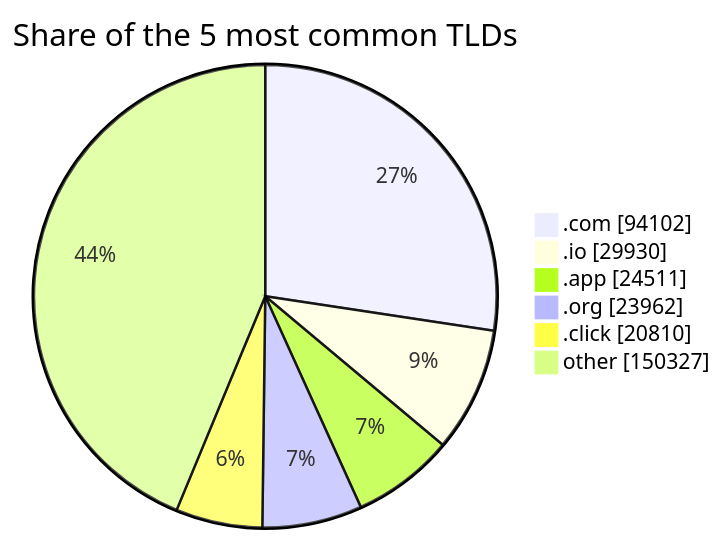
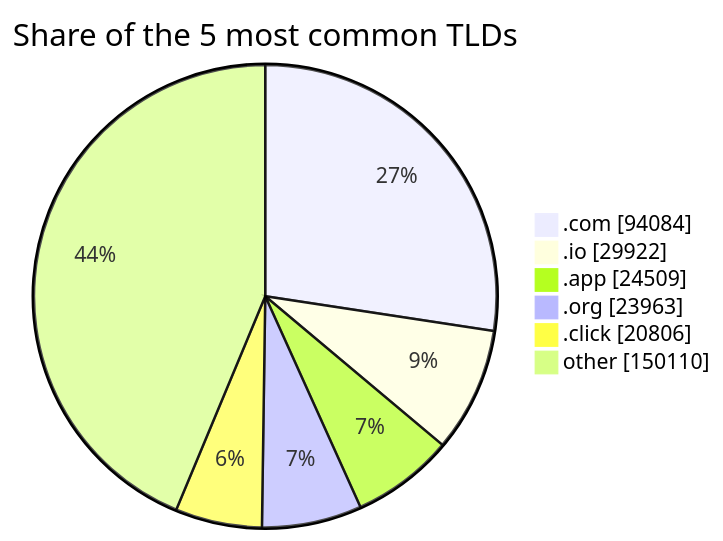
Before and after one commit to DNSBunker/CTI: the third of 3 diagrams in README.md, drawn with Mermaid. The commit also changed other lines of this file and 4 other files, not shown here.

````diff
--- a/README.md
+++ b/README.md
@@ -81,9 +81,9 @@
 ```mermaid
 pie showData title Share of the 5 most common TLDs
-    ".com" : 94102
-    ".io" : 29930
-    ".app" : 24511
-    ".org" : 23962
-    ".click" : 20810
-    "other" : 150327
+    ".com" : 94084
+    ".io" : 29922
+    ".app" : 24509
+    ".org" : 23963
+    ".click" : 20806
+    "other" : 150110
 ```
````
